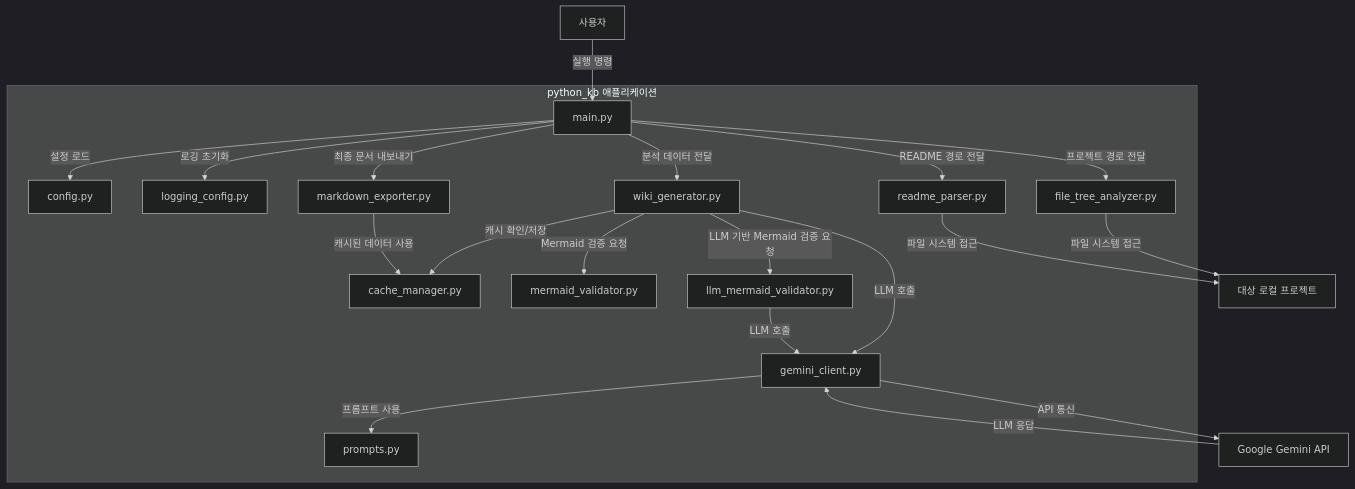
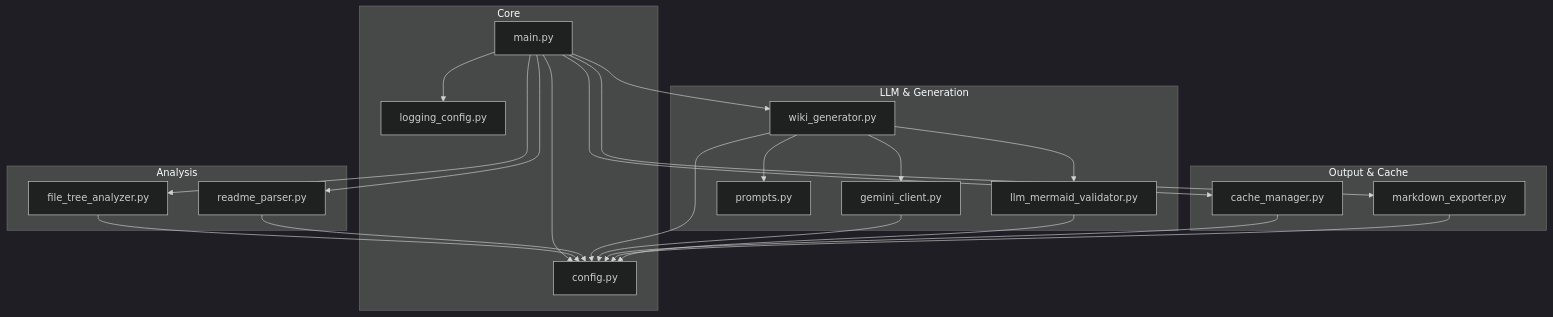
One commit to woosikseol/deepwiki-open changed the third of 5 diagrams in python_kb/.adalflow/wikicache/python_kb/architecture.md. Above: the diagram before and after it, drawn with Mermaid (dark theme). The commit also changed other lines of this file and 30 other files, not shown here.

Commit message:
llm mermaid validation

````diff
--- a/python_kb/.adalflow/wikicache/python_kb/architecture.md
+++ b/python_kb/.adalflow/wikicache/python_kb/architecture.md
@@ -53,36 +130,46 @@
 ```mermaid
 graph TD
-    subgraph "python_kb 애플리케이션"
-        main[main.py]
-        config[config.py]
-        logging[logging_config.py]
-        analyzer[file_tree_analyzer.py]
-        parser[readme_parser.py]
-        generator[wiki_generator.py]
-        gemini[gemini_client.py]
-        prompts[prompts.py]
-        cache[cache_manager.py]
-        exporter[markdown_exporter.py]
-        validator[mermaid_validator.py]
-        llm_validator[llm_mermaid_validator.py]
+    subgraph Core
+        A[main.py]
+        B[config.py]
+        C[logging_config.py]
     end
 
-    user["사용자"] -->|실행 명령| main
-    main -->|설정 로드| config
-    main -->|로깅 초기화| logging
-    main -->|프로젝트 경로 전달| analyzer
-    main -->|README 경로 전달| parser
-    main -->|분석 데이터 전달| generator
-    generator -->|LLM 호출| gemini
-    gemini -->|프롬프트 사용| prompts
-    gemini -->|API 통신| google_api[Google Gemini API]
-    google_api -->|LLM 응답| gemini
-    generator -->|캐시 확인/저장| cache
-    generator -->|Mermaid 검증 요청| validator
-    generator -->|LLM 기반 Mermaid 검증 요청| llm_validator
-    llm_validator -->|LLM 호출| gemini
-    main -->|최종 문서 내보내기| exporter
-    exporter -->|캐시된 데이터 사용| cache
-    analyzer -->|파일 시스템 접근| target_project["대상 로컬 프로젝트"]
-    parser -->|파일 시스템 접근| target_project
+    subgraph Analysis
+        D[file_tree_analyzer.py]
+        E[readme_parser.py]
+    end
+
+    subgraph LLM & Generation
+        F[gemini_client.py]
+        G[prompts.py]
+        H[wiki_generator.py]
+        I[llm_mermaid_validator.py]
+    end
+
+    subgraph Output & Cache
+        J[cache_manager.py]
+        K[markdown_exporter.py]
+    end
+
+    A --> B
+    A --> C
+    A --> D
+    A --> E
+    A --> J
+    A --> H
+    A --> K
+
+    D --> B
+    E --> B
+
+    H --> B
+    H --> F
+    H --> G
+    H --> I
+
+    F --> B
+    J --> B
+    K --> B
+    I --> B
 ```
````
